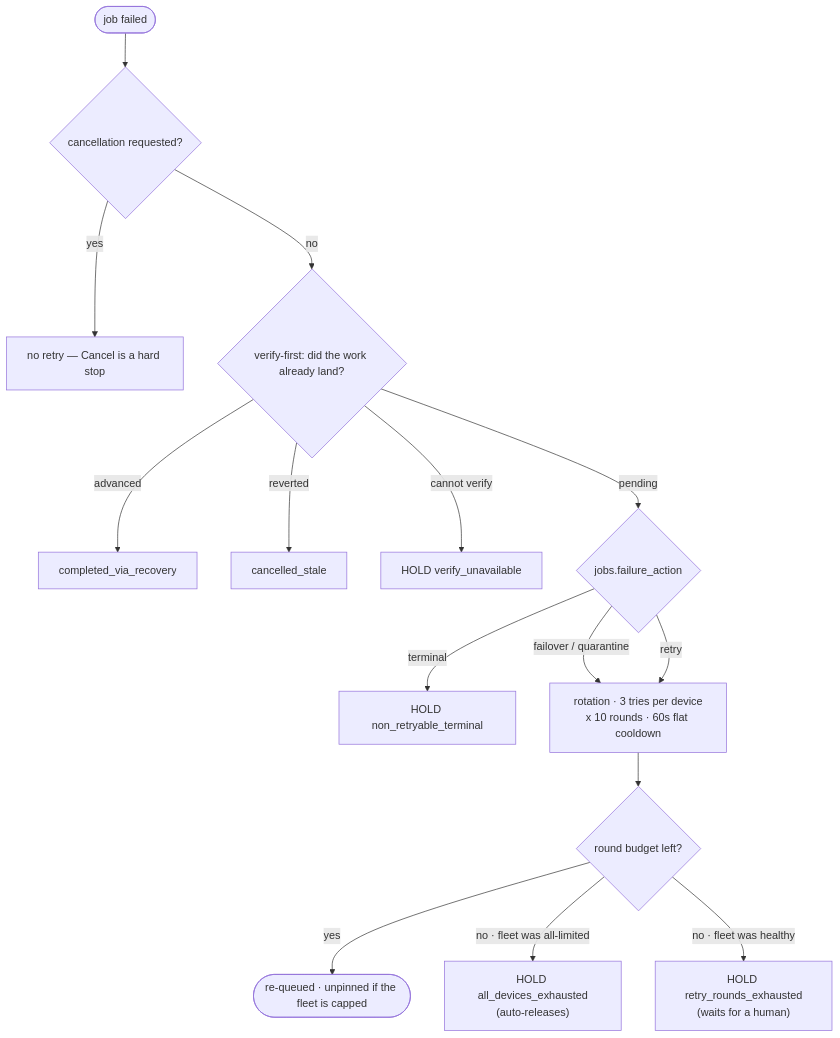
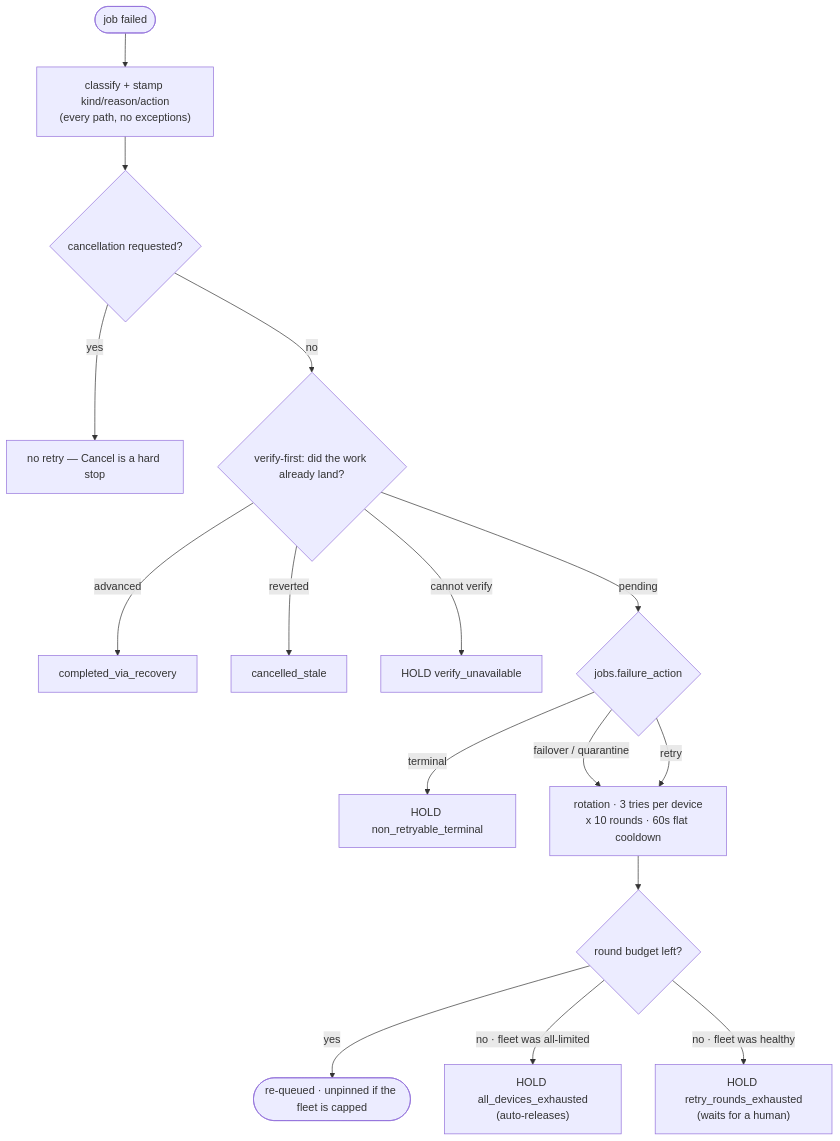
Before and after one commit to SidCorp-co/forge: the diagram in docs/architecture/failure-taxonomy-and-action-policy.md, drawn with Mermaid.

Commit message:
docs(adr): the flow diagram skipped the step the ADR is about
Review nit. The diagram opened on the cancellation check, so a reader taking
its ordering literally would conclude classification comes after — the exact
belief that let the cancellation path record nothing for months.

````diff
--- a/docs/architecture/failure-taxonomy-and-action-policy.md
+++ b/docs/architecture/failure-taxonomy-and-action-policy.md
@@ -29,17 +29,18 @@
 ```mermaid
 flowchart TD
-  F([job failed]) --> C{"cancellation requested?"}
+  F([job failed]) --> S["classify + stamp kind/reason/action<br/>(every path, no exceptions)"]
+  S --> C{"cancellation requested?"}
   C -- yes --> Z1["no retry — Cancel is a hard stop"]
   C -- no --> V{"verify-first: did the work already land?"}
   V -- advanced --> Z2["completed_via_recovery"]
   V -- reverted --> Z3["cancelled_stale"]
   V -- "cannot verify" --> P1["HOLD verify_unavailable"]
   V -- pending --> A{"jobs.failure_action"}
   A -- terminal --> P2["HOLD non_retryable_terminal"]
   A -- "failover / quarantine" --> RO
   A -- retry --> RO["rotation · 3 tries per device<br/>x 10 rounds · 60s flat cooldown"]
   RO --> B{"round budget left?"}
   B -- yes --> Q(["re-queued · unpinned if the fleet is capped"])
   B -- "no · fleet was all-limited" --> P3["HOLD all_devices_exhausted<br/>(auto-releases)"]
   B -- "no · fleet was healthy" --> P4["HOLD retry_rounds_exhausted<br/>(waits for a human)"]
 ```
````
